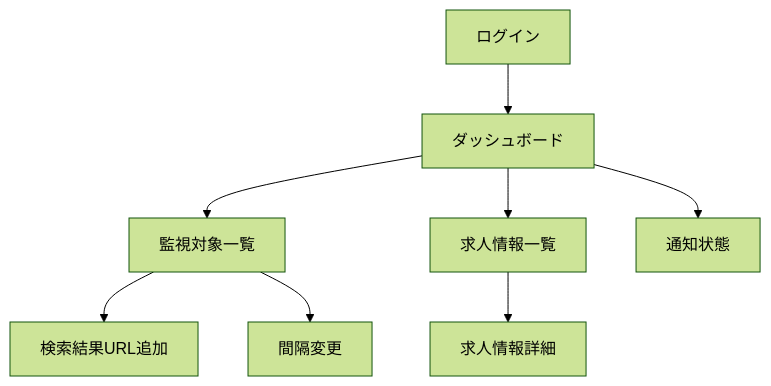
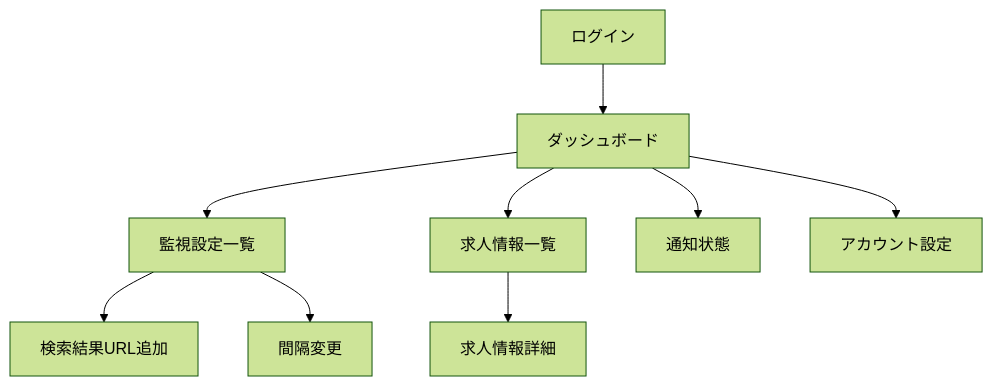
The diagram in doc/product/web-ui.md (dommyttdev/job-hunter), drawn with Mermaid (forest theme) before and after one commit. The commit also changed other lines of this file and 19 other files, not shown here.

````diff
--- a/doc/product/web-ui.md
+++ b/doc/product/web-ui.md
@@ -28,10 +29,11 @@
 ```mermaid
 flowchart TD
     Login["ログイン"] --> Dashboard["ダッシュボード"]
-    Dashboard --> WatchList["監視対象一覧"]
+    Dashboard --> WatchList["監視設定一覧"]
     WatchList --> AddWatch["検索結果URL追加"]
     WatchList --> EditInterval["間隔変更"]
     Dashboard --> JobList["求人情報一覧"]
     JobList --> JobDetail["求人情報詳細"]
     Dashboard --> NotificationStatus["通知状態"]
+    Dashboard --> AccountSettings["アカウント設定"]
 ```
````
